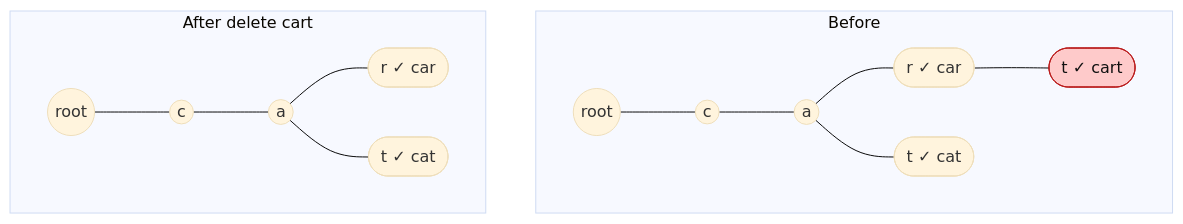
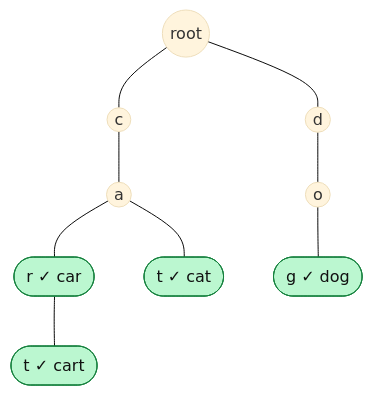
One commit to ysyogendra22/engineering-playbook changed the first of 7 diagrams in 01-data-structure/09-Trie/11-Delete Word from Trie.md. Above: the diagram before and after it, drawn with Mermaid (base theme). The commit also changed other lines of this file and 2 other files, not shown here.

Commit message:
updated delete use case

````diff
--- a/01-data-structure/09-Trie/11-Delete Word from Trie.md
+++ b/01-data-structure/09-Trie/11-Delete Word from Trie.md
@@ -23,16 +50,13 @@
 ```mermaid
 flowchart TD
-    subgraph B["Before"]
-        a1((root)) --- c1((c)) --- aa1((a))
-        aa1 --- r1(["r ✓ car"])
-        aa1 --- t1(["t ✓ cat"])
-        r1 --- tt1(["t ✓ cart"])
-    end
-    subgraph A["After delete cart"]
-        a2((root)) --- c2((c)) --- aa2((a))
-        aa2 --- r2(["r ✓ car"])
-        aa2 --- t2(["t ✓ cat"])
-    end
-    classDef gone fill:#fecaca,stroke:#b91c1c,color:#111
-    class tt1 gone
+    root((root)) --- c((c))
+    c --- a((a))
+    a --- r(["r ✓ car"])
+    r --- t1(["t ✓ cart"])
+    a --- t2(["t ✓ cat"])
+    root --- d((d))
+    d --- o((o))
+    o --- g(["g ✓ dog"])
+    classDef word fill:#bbf7d0,stroke:#15803d,color:#111
+    class r,t1,t2,g word
 ```
````
